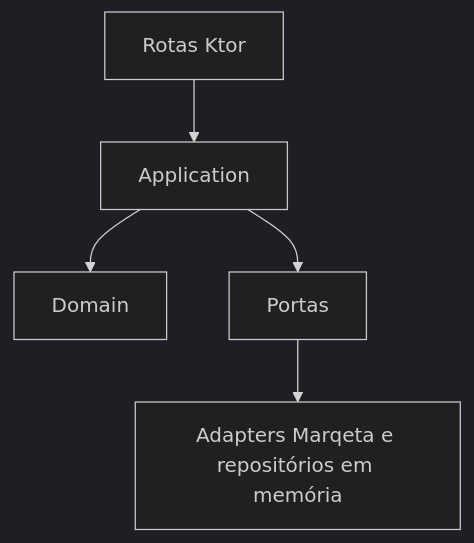
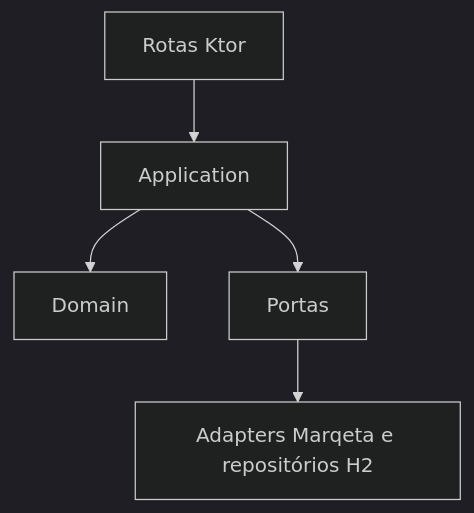
The second of 2 diagrams in README.md (rsl50/sproutify-mobile-mqta), drawn with Mermaid (dark theme) before and after one commit. The commit also changed other lines of this file, not shown here.

````diff
--- a/README.md
+++ b/README.md
@@ -55,7 +65,7 @@
 ```mermaid
 flowchart TB
   HTTP[Rotas Ktor] --> APP[Application]
   APP --> DOM[Domain]
   APP --> PORTS[Portas]
-  PORTS --> ADAPT[Adapters Marqeta e repositórios em memória]
+  PORTS --> ADAPT[Adapters Marqeta e repositórios H2]
 ```
````
